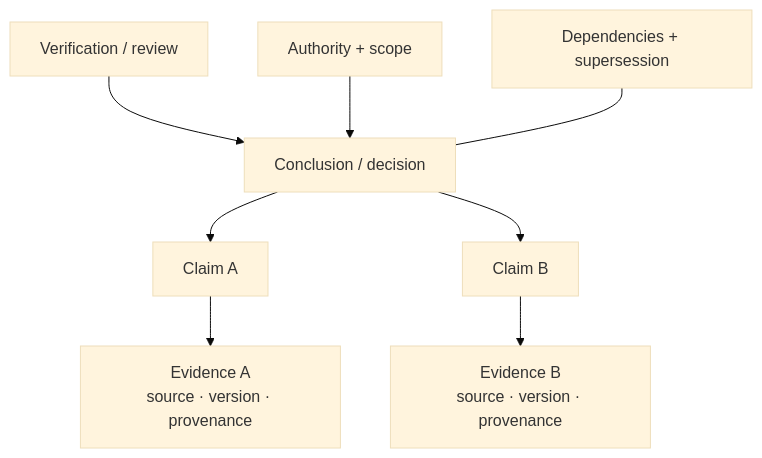
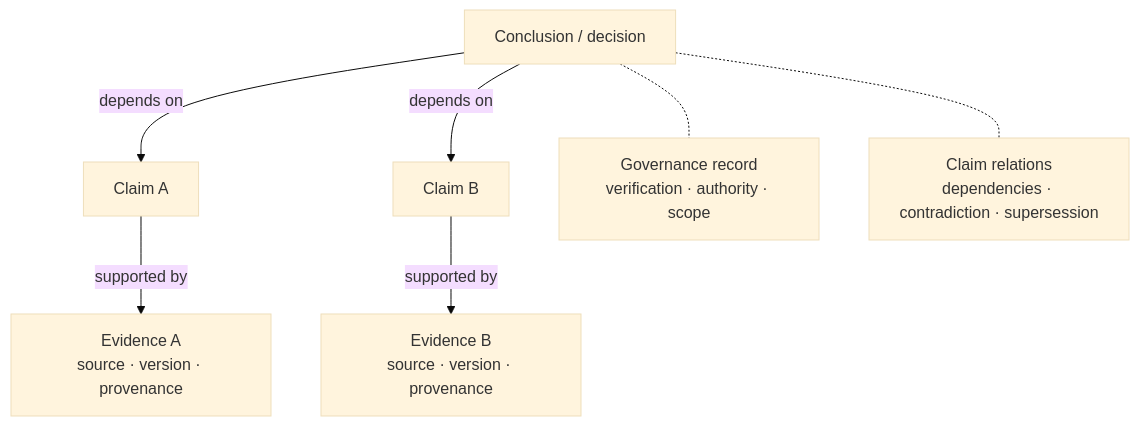
Before and after one commit to chenmingtang830/proofpress: the second of 2 diagrams in README.md, drawn with Mermaid (base theme). The commit also changed other lines of this file and 1 other file, not shown here.

Commit message:
docs: distinguish growth model from claim graph

````diff
--- a/README.md
+++ b/README.md
@@ -94,16 +82,16 @@
 ```mermaid
 flowchart TB
   C["Conclusion / decision"]
   CA["Claim A"]
   CB["Claim B"]
   EA["Evidence A<br/>source · version · provenance"]
   EB["Evidence B<br/>source · version · provenance"]
-  V["Verification / review"]
-  AU["Authority + scope"]
-  L["Dependencies + supersession"]
-  C --> CA --> EA
-  C --> CB --> EB
-  V --> C
-  AU --> C
-  L --- C
+  G["Governance record<br/>verification · authority · scope"]
+  R["Claim relations<br/>dependencies · contradiction · supersession"]
+  C -->|depends on| CA
+  C -->|depends on| CB
+  CA -->|supported by| EA
+  CB -->|supported by| EB
+  C -.- G
+  C -.- R
 ```
````
